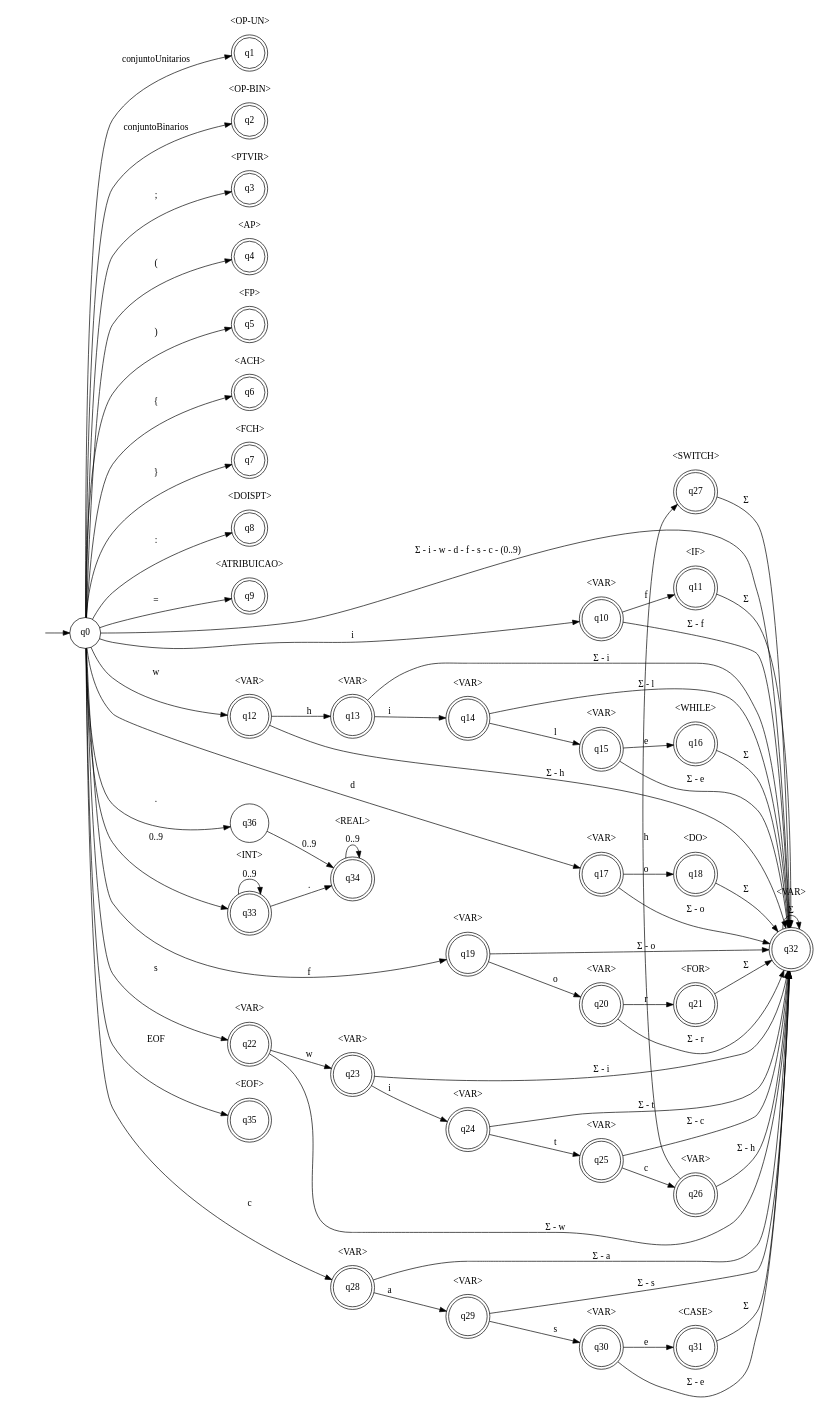
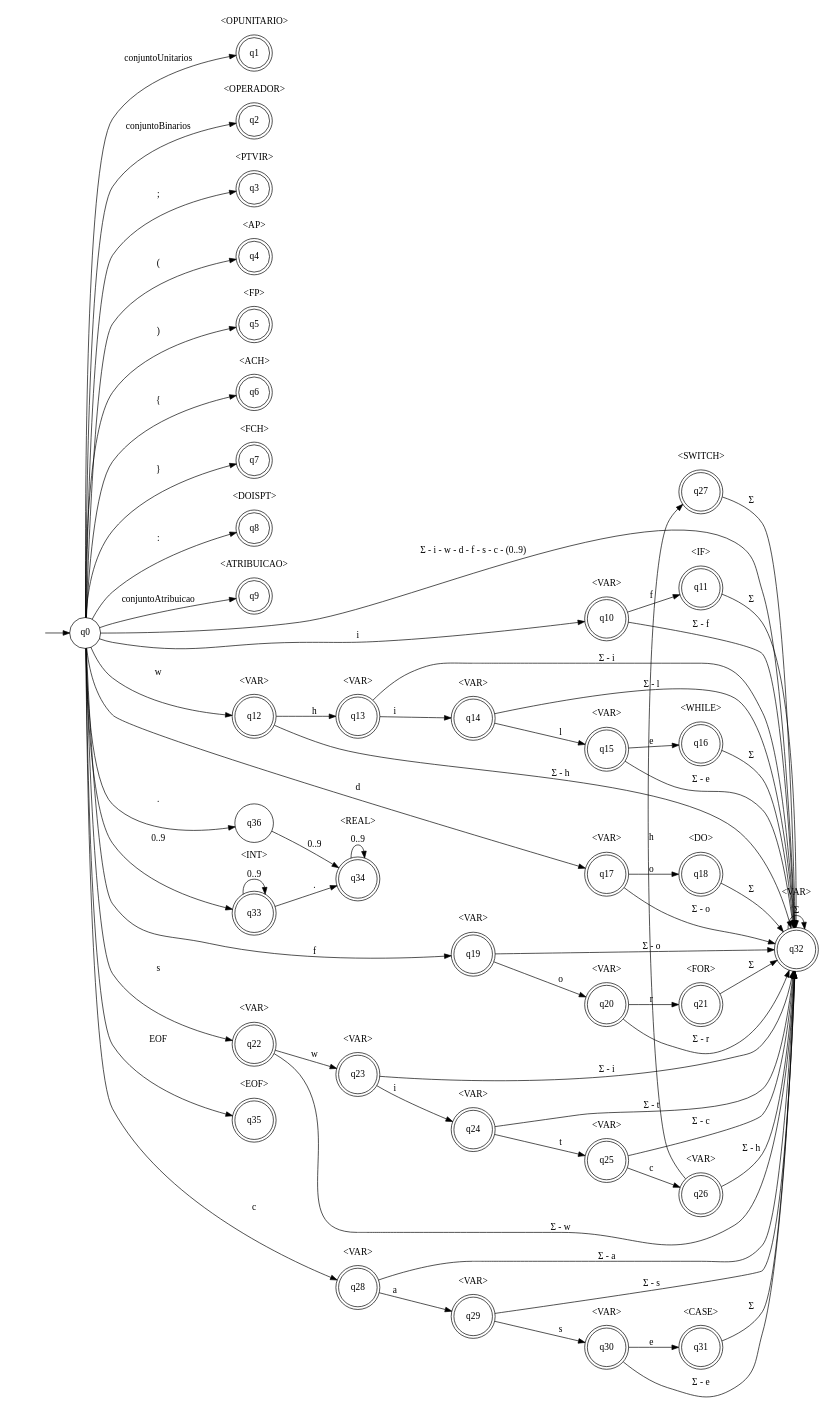
One commit to fontourasantana/AnalisadorLexico changed the diagram in graph1.gv. Above: the diagram before and after it, drawn with Graphviz. The commit also changed 72 other files, not shown here.

```diff
--- a/graph1.gv
+++ b/graph1.gv
@@ -12,7 +12,7 @@
 	subgraph cluster1 {
 		node [shape = doublecircle]; 
 		q1              
-		label = "<OP-UN>";
+		label = "<OPUNITARIO>";
 		color=white 
 	}
 	
@@ -20,7 +20,7 @@
 	subgraph cluster2 {
 		node [shape = doublecircle]; 
 		q2              
-		label = "<OP-BIN>";
+		label = "<OPERADOR>";
 		color=white 
 	}
 
@@ -270,7 +270,7 @@
 	q0 -> q6 [ label = "{" ];
 	q0 -> q7 [ label = "}" ];
 	q0 -> q8 [ label = ":" ];
-	q0 -> q9 [ label = "=" ];
+	q0 -> q9 [ label = "conjuntoAtribuicao" ];
 	q0 -> q10 [ label = "i" ]; q10 -> q11 [ label = "f" ];
 	q0 -> q12 [ label = "w"]; q12 -> q13 [ label = "h"]; q13 -> q14 [ label = "i"]; q14 -> q15 [ label = "l"]; q15 -> q16 [ label = "e"];
 	q0 -> q17 [ label = "d"]; q17 -> q18 [ label = "o"];
```
